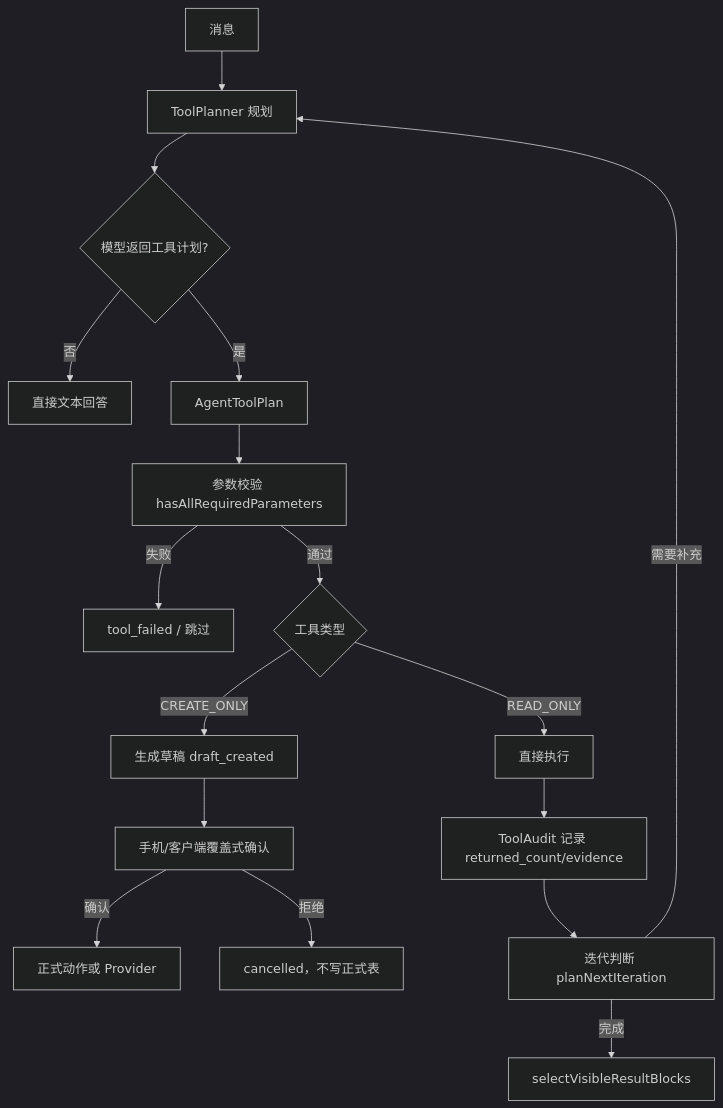
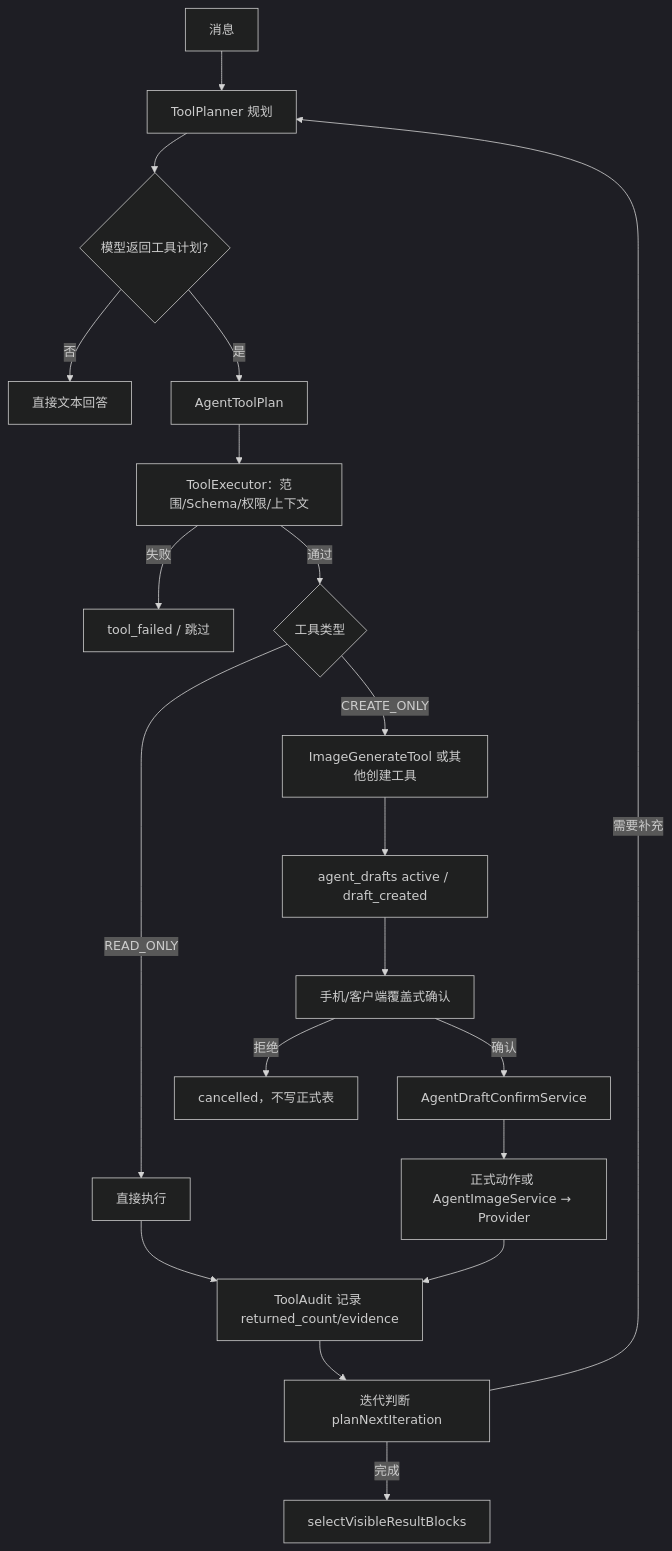
Before and after one commit to sxyq/mastergoods: the diagram in docs/03_系统设计/Agent系统设计/工具选择与执行设计.md, drawn with Mermaid (dark theme). The commit also changed other lines of this file and 32 other files, not shown here.

Commit message:
docs(agent): finalize image tool references

````diff
--- a/docs/03_系统设计/Agent系统设计/工具选择与执行设计.md
+++ b/docs/03_系统设计/Agent系统设计/工具选择与执行设计.md
@@ -52,19 +52,22 @@
 ```mermaid
 flowchart TD
     A[消息] --> B[ToolPlanner 规划]
     B --> C{模型返回工具计划?}
     C -->|否| D[直接文本回答]
     C -->|是| E[AgentToolPlan]
-    E --> F[参数校验 hasAllRequiredParameters]
+    E --> F[ToolExecutor：范围/Schema/权限/上下文]
     F -->|失败| G[tool_failed / 跳过]
     F -->|通过| H{工具类型}
     H -->|READ_ONLY| I[直接执行]
-    H -->|CREATE_ONLY| J[生成草稿 draft_created]
-    J --> K[手机/客户端覆盖式确认]
-    K -->|确认| L[正式动作或 Provider]
-    K -->|拒绝| M[cancelled，不写正式表]
-    I --> N[ToolAudit 记录 returned_count/evidence]
-    N --> O[迭代判断 planNextIteration]
-    O -->|需要补充| B
-    O -->|完成| P[selectVisibleResultBlocks]
+    H -->|CREATE_ONLY| J[ImageGenerateTool 或其他创建工具]
+    J --> K[agent_drafts active / draft_created]
+    K --> L[手机/客户端覆盖式确认]
+    L -->|确认| M[AgentDraftConfirmService]
+    M --> N[正式动作或 AgentImageService → Provider]
+    L -->|拒绝| O[cancelled，不写正式表]
+    I --> P[ToolAudit 记录 returned_count/evidence]
+    N --> P
+    P --> Q[迭代判断 planNextIteration]
+    Q -->|需要补充| B
+    Q -->|完成| R[selectVisibleResultBlocks]
 ```
````
